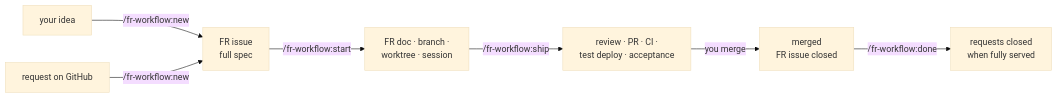
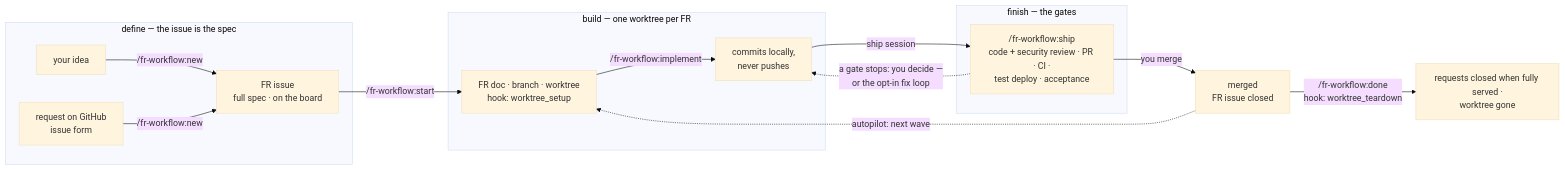
The first of 2 diagrams in docs/usage.md (bmoers/claude-fr-workflow), drawn with Mermaid (base theme) before and after one commit. The commit also changed other lines of this file and 10 other files, not shown here.

````diff
--- a/docs/usage.md
+++ b/docs/usage.md
@@ -19,9 +19,19 @@
 ```mermaid
 flowchart LR
-  A["your idea"] -->|"/fr-workflow:new"| F["FR issue<br/>full spec"]
-  R["request on GitHub"] -->|"/fr-workflow:new"| F
-  F -->|"/fr-workflow:start"| P["FR doc · branch ·<br/>worktree · session"]
-  P -->|"/fr-workflow:ship"| S["review · PR · CI ·<br/>test deploy · acceptance"]
+  subgraph define["define — the issue is the spec"]
+    A["your idea"] -->|"/fr-workflow:new"| F["FR issue<br/>full spec · on the board"]
+    R["request on GitHub<br/>issue form"] -->|"/fr-workflow:new"| F
+  end
+  subgraph build["build — one worktree per FR"]
+    P["FR doc · branch · worktree<br/>hook: worktree_setup"] -->|"/fr-workflow:implement"| I["commits locally,<br/>never pushes"]
+  end
+  subgraph finish["finish — the gates"]
+    S["/fr-workflow:ship<br/>code + security review · PR · CI ·<br/>test deploy · acceptance"]
+  end
+  F -->|"/fr-workflow:start"| P
+  I -->|"ship session"| S
   S -->|"you merge"| M["merged<br/>FR issue closed"]
-  M -->|"/fr-workflow:done"| C["requests closed<br/>when fully served"]
+  M -->|"/fr-workflow:done<br/>hook: worktree_teardown"| C["requests closed when fully served ·<br/>worktree gone"]
+  S -.->|"a gate stops: you decide —<br/>or the opt-in fix loop"| I
+  M -.->|"autopilot: next wave"| P
 ```
````
